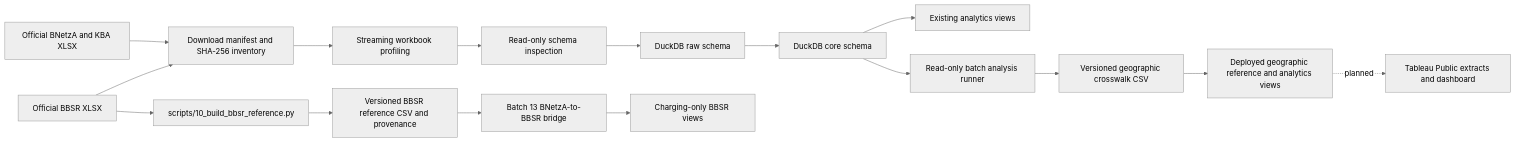
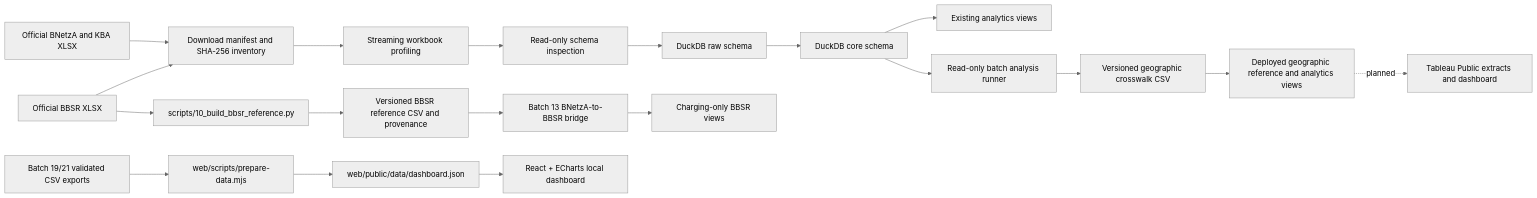
One commit to sonazariso/germany-ev-charging-analytics changed the diagram in README.md. Above: the diagram before and after it, drawn with Mermaid (neutral theme). The commit also changed other lines of this file and 37 other files, not shown here.

Commit message:
feat: build interactive web dashboard

```diff
--- a/README.md
+++ b/README.md
@@ -59,18 +60,21 @@
 ~~~mermaid
 flowchart LR
     A[Official BNetzA and KBA XLSX] --> B[Download manifest and SHA-256 inventory]
     A2[Official BBSR XLSX] --> B
     B --> C[Streaming workbook profiling]
     C --> D[Read-only schema inspection]
     D --> E[DuckDB raw schema]
     E --> F[DuckDB core schema]
     F --> G[Existing analytics views]
     F --> H[Read-only batch analysis runner]
     H --> I[Versioned geographic crosswalk CSV]
     I --> J[Deployed geographic reference and analytics views]
     A2 --> L[scripts/10_build_bbsr_reference.py]
     L --> M[Versioned BBSR reference CSV and provenance]
     M --> N[Batch 13 BNetzA-to-BBSR bridge]
     N --> O[Charging-only BBSR views]
+    P[Batch 19/21 validated CSV exports] --> Q[web/scripts/prepare-data.mjs]
+    Q --> R[web/public/data/dashboard.json]
+    R --> S[React + ECharts local dashboard]
     J -. planned .-> K[Tableau Public extracts and dashboard]
 ~~~
```
